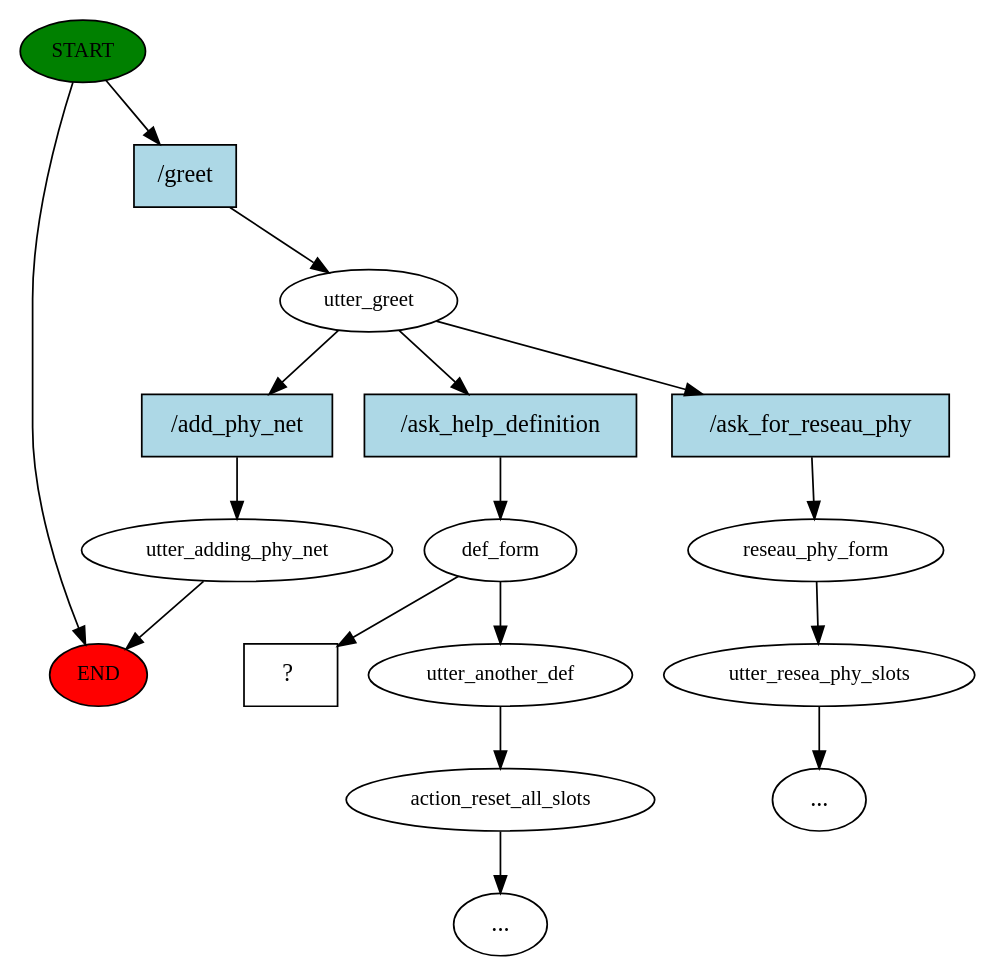
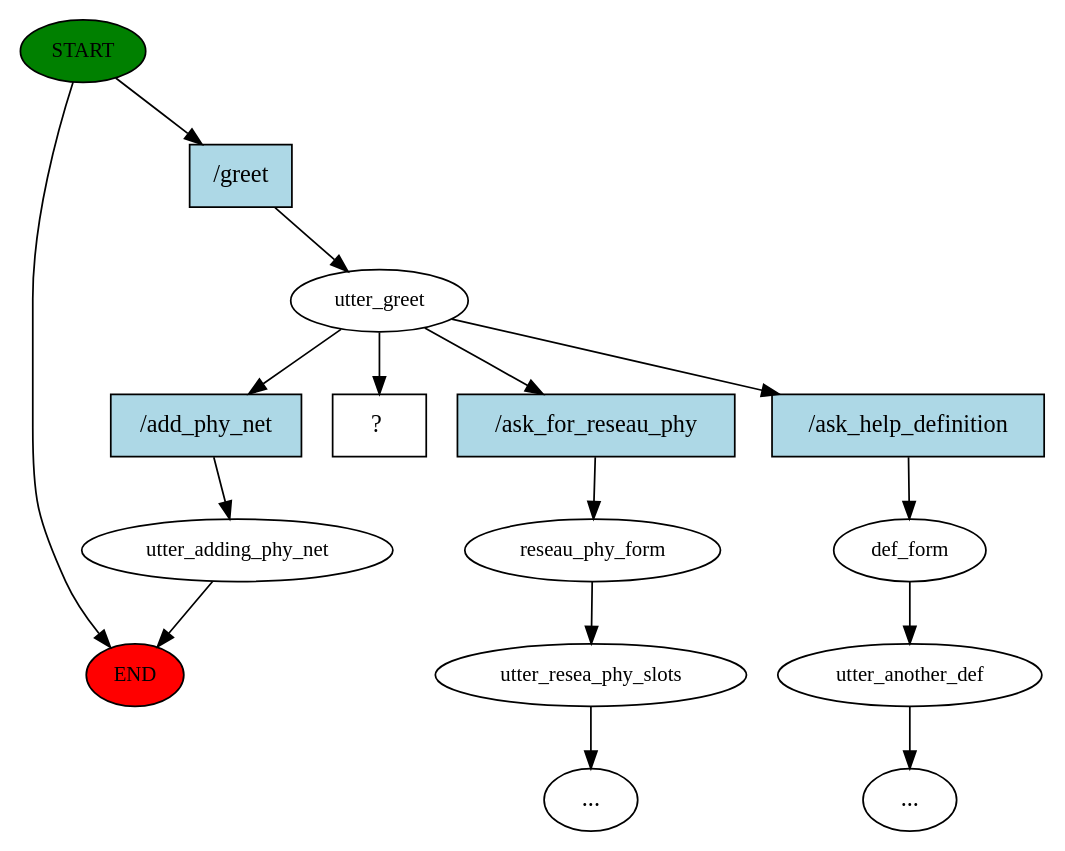
Before and after one commit to FaycelSassi/Chatbot: the diagram in story_graph.dot, drawn with Graphviz. The commit also changed 88 other files, not shown here.

Commit message:
adding a custom action for feature definition

```diff
--- a/story_graph.dot
+++ b/story_graph.dot
@@ -1,34 +1,32 @@
 digraph  {
 0 [class="start active", fillcolor=green, fontsize=12, label=START, style=filled];
 "-1" [class=end, fillcolor=red, fontsize=12, label=END, style=filled];
 1 [class=active, fontsize=12, label=utter_greet];
 2 [class="", fontsize=12, label=reseau_phy_form];
 3 [class="", fontsize=12, label=utter_resea_phy_slots];
 "-3" [class=ellipsis, label="..."];
 5 [class="", fontsize=12, label=utter_adding_phy_net];
-7 [class=active, fontsize=12, label=def_form];
+7 [class="", fontsize=12, label=def_form];
 8 [class="", fontsize=12, label=utter_another_def];
-9 [class="", fontsize=12, label=action_reset_all_slots];
 "-4" [class=ellipsis, label="..."];
-12 [class="intent dashed active", label="  ?  ", shape=rect];
-13 [class="intent active", fillcolor=lightblue, label="/greet", shape=rect, style=filled];
-14 [class=intent, fillcolor=lightblue, label="/ask_for_reseau_phy", shape=rect, style=filled];
-15 [class=intent, fillcolor=lightblue, label="/add_phy_net", shape=rect, style=filled];
-16 [class="intent active", fillcolor=lightblue, label="/ask_help_definition", shape=rect, style=filled];
+10 [class="intent dashed active", label="  ?  ", shape=rect];
+11 [class="intent active", fillcolor=lightblue, label="/greet", shape=rect, style=filled];
+12 [class=intent, fillcolor=lightblue, label="/ask_for_reseau_phy", shape=rect, style=filled];
+13 [class=intent, fillcolor=lightblue, label="/add_phy_net", shape=rect, style=filled];
+14 [class=intent, fillcolor=lightblue, label="/ask_help_definition", shape=rect, style=filled];
 0 -> "-1"  [class="", key=NONE, label=""];
-0 -> 13  [class=active, key=0];
+0 -> 11  [class=active, key=0];
+1 -> 10  [class=active, key=NONE, label=""];
+1 -> 12  [class="", key=0];
+1 -> 13  [class="", key=0];
 1 -> 14  [class="", key=0];
-1 -> 15  [class="", key=0];
-1 -> 16  [class=active, key=0];
 2 -> 3  [class="", key=NONE, label=""];
 3 -> "-3"  [class="", key=NONE, label=""];
 5 -> "-1"  [class="", key=NONE, label=""];
 7 -> 8  [class="", key=NONE, label=""];
-7 -> 12  [class=active, key=NONE, label=""];
-8 -> 9  [class="", key=NONE, label=""];
-9 -> "-4"  [class="", key=NONE, label=""];
-13 -> 1  [class=active, key=0];
-14 -> 2  [class="", key=0];
-15 -> 5  [class="", key=0];
-16 -> 7  [class=active, key=0];
+8 -> "-4"  [class="", key=NONE, label=""];
+11 -> 1  [class=active, key=0];
+12 -> 2  [class="", key=0];
+13 -> 5  [class="", key=0];
+14 -> 7  [class="", key=0];
 }
```
